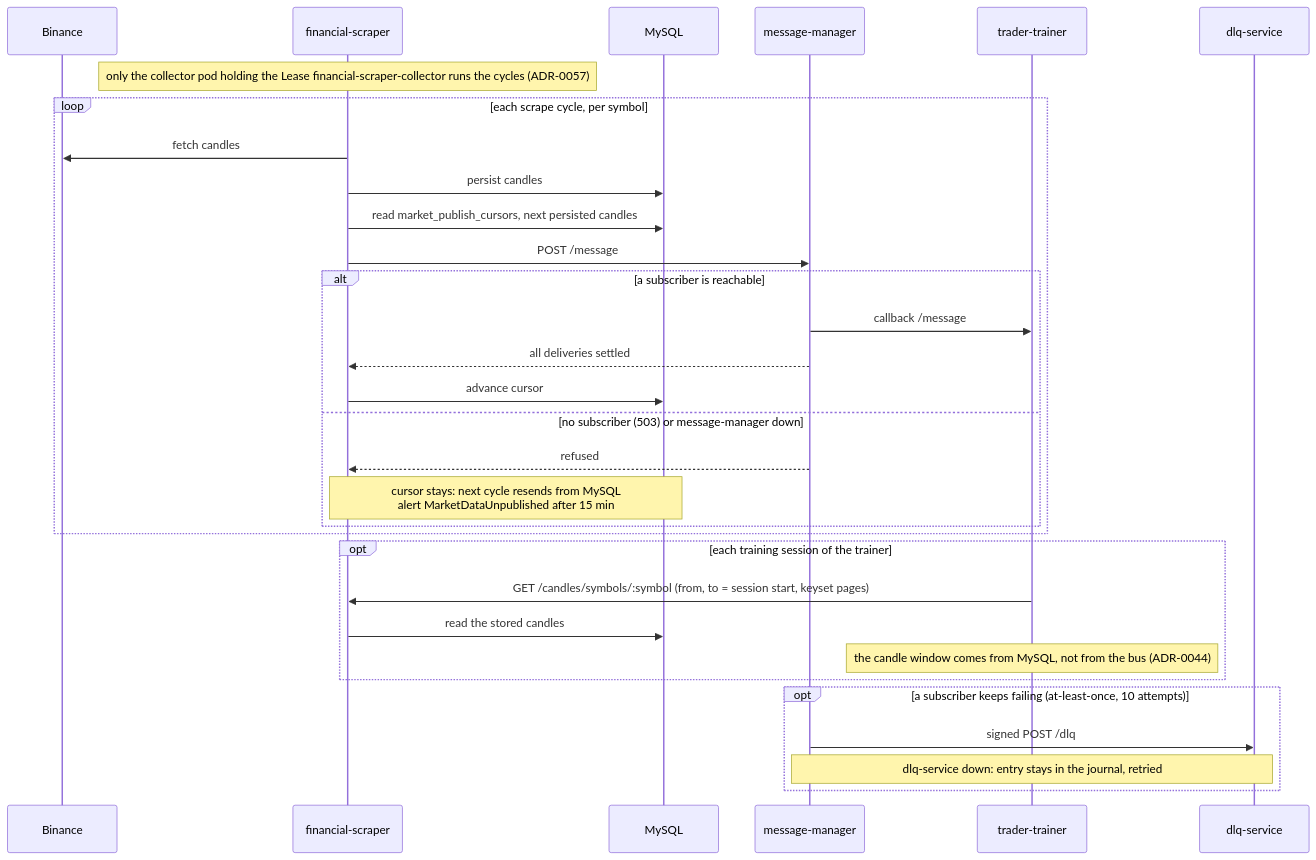
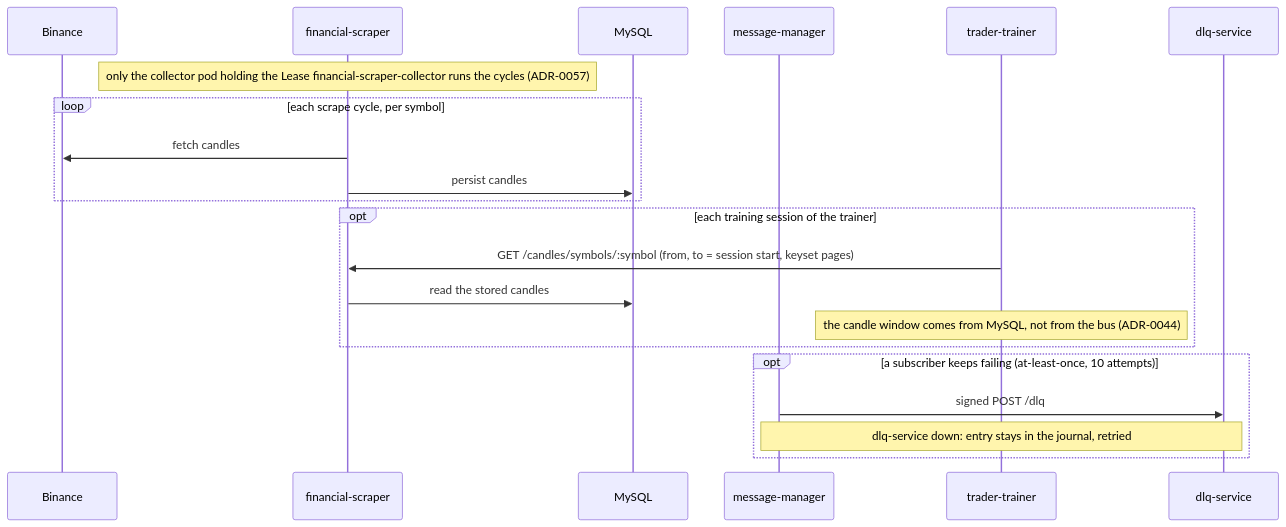
Before and after one commit to docteur-turboss/trading-model: the fourth of 4 diagrams in docs/architecture/system-overview.md, drawn with Mermaid. The commit also changed 47 other files, not shown here.

First line of the commit message:
:fire:(financial-scraper): stop publishing the six market topics and drop the publish backlog (#1764)

````diff
--- a/docs/architecture/system-overview.md
+++ b/docs/architecture/system-overview.md
@@ -107,33 +107,23 @@
 ```mermaid
 sequenceDiagram
   participant B as Binance
   participant FS as financial-scraper
   participant DB as MySQL
   participant MM as message-manager
   participant TT as trader-trainer
   participant DLQ as dlq-service
   Note over FS: only the collector pod holding the Lease financial-scraper-collector runs the cycles (ADR-0057)
   loop each scrape cycle, per symbol
     FS->>B: fetch candles
     FS->>DB: persist candles
-    FS->>DB: read market_publish_cursors, next persisted candles
-    FS->>MM: POST /message
-    alt a subscriber is reachable
-      MM->>TT: callback /message
-      MM-->>FS: all deliveries settled
-      FS->>DB: advance cursor
-    else no subscriber (503) or message-manager down
-      MM-->>FS: refused
-      Note over FS,DB: cursor stays: next cycle resends from MySQL<br/>alert MarketDataUnpublished after 15 min
-    end
   end
   opt each training session of the trainer
     TT->>FS: GET /candles/symbols/:symbol (from, to = session start, keyset pages)
     FS->>DB: read the stored candles
     Note over TT: the candle window comes from MySQL, not from the bus (ADR-0044)
   end
   opt a subscriber keeps failing (at-least-once, 10 attempts)
     MM->>DLQ: signed POST /dlq
     Note over MM,DLQ: dlq-service down: entry stays in the journal, retried
   end
 ```
````
